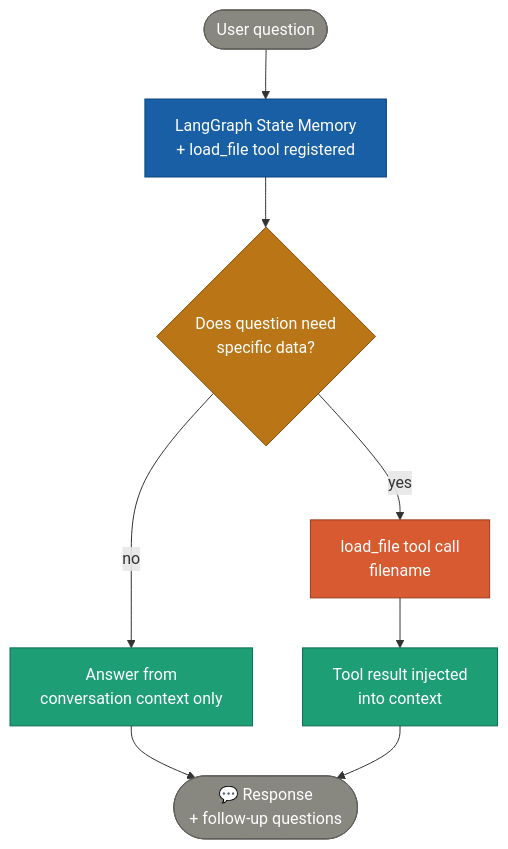
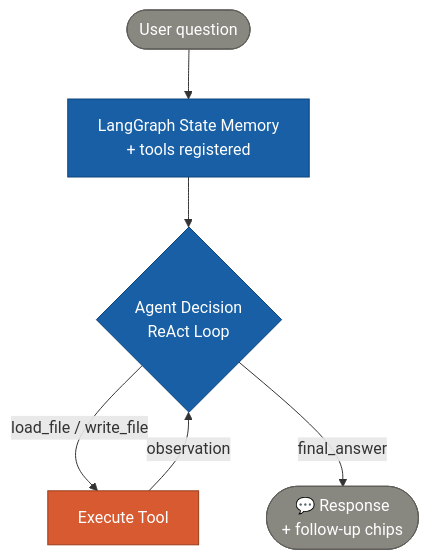
The fourth of 4 diagrams in agent/workflows/template.md (sukeshan/CineScript-Insight-Agent), drawn with Mermaid before and after one commit. The commit also changed other lines of this file and 2 other files, not shown here.

Commit message:
feat: Introduce script analysis agent prompt and refine agent response tool argument clarity.

````diff
--- a/agent/workflows/template.md
+++ b/agent/workflows/template.md
@@ -175,20 +138,16 @@
 ```mermaid
 flowchart TD
-    A([User question]):::gray --> B[LangGraph State Memory\n+ load_file tool registered]:::blue
+    A(["User question"]):::gray --> B["LangGraph State Memory\n+ tools registered"]:::blue
 
-    B --> C{Does question need\nspecific data?}:::amber
+    B --> C{"Agent Decision\nReAct Loop"}:::blue
 
-    C -->|yes| E[load_file tool call\nfilename]:::coral
-    C -->|no| G[Answer from\nconversation context only]:::teal
+    C -->|"load_file / write_file"| D["Execute Tool"]:::coral
+    D -->|"observation"| C
 
-    E --> H[Tool result injected\ninto context]:::teal
-    G --> I([💬 Response\n+ follow-up questions]):::gray
-    H --> I
+    C -->|"final_answer"| E(["💬 Response\n+ follow-up chips"]):::gray
 
     classDef gray   fill:#888780,stroke:#5F5E5A,color:#fff
     classDef teal   fill:#1D9E75,stroke:#0F6E56,color:#fff
-    classDef purple fill:#7F77DD,stroke:#534AB7,color:#fff
+    classDef blue   fill:#185FA5,stroke:#0C447C,color:#fff
     classDef coral  fill:#D85A30,stroke:#993C1D,color:#fff
-    classDef amber  fill:#BA7517,stroke:#854F0B,color:#fff
-    classDef blue   fill:#185FA5,stroke:#0C447C,color:#fff
 ```
````
